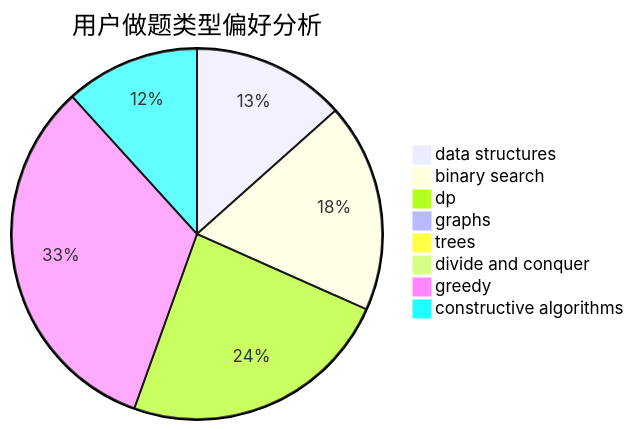
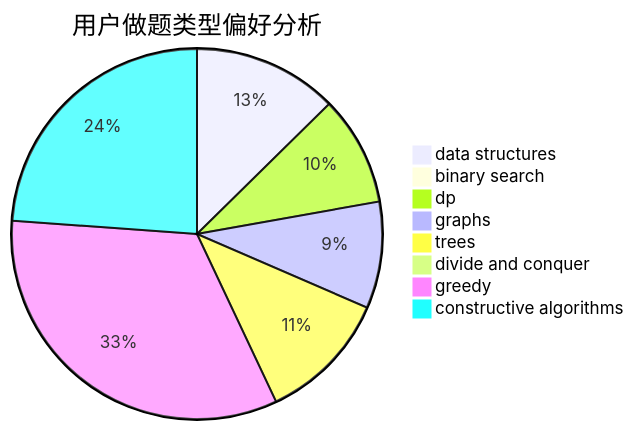
One commit to sherpahu/cfrs.github.io changed the second of 3 diagrams in docs/user/u2577.md. Above: the diagram before and after it, drawn with Mermaid. The commit also changed other lines of this file and 2770 other files, not shown here.

````diff
--- a/docs/user/u2577.md
+++ b/docs/user/u2577.md
@@ -23,11 +23,11 @@
 ```mermaid
 pie title 用户做题类型偏好分析
-    "data structures" :  72
-    "binary search" :  98
-    "dp" :  128
-    "graphs" :  4
-    "trees" :  0
+    "data structures" :  99
+    "binary search" :  5
+    "dp" :  75
+    "graphs" :  73
+    "trees" :  90
     "divide and conquer" :  0
-    "greedy" :  176
-    "constructive algorithms" :  63
+    "greedy" :  260
+    "constructive algorithms" :  187
 ```
````
